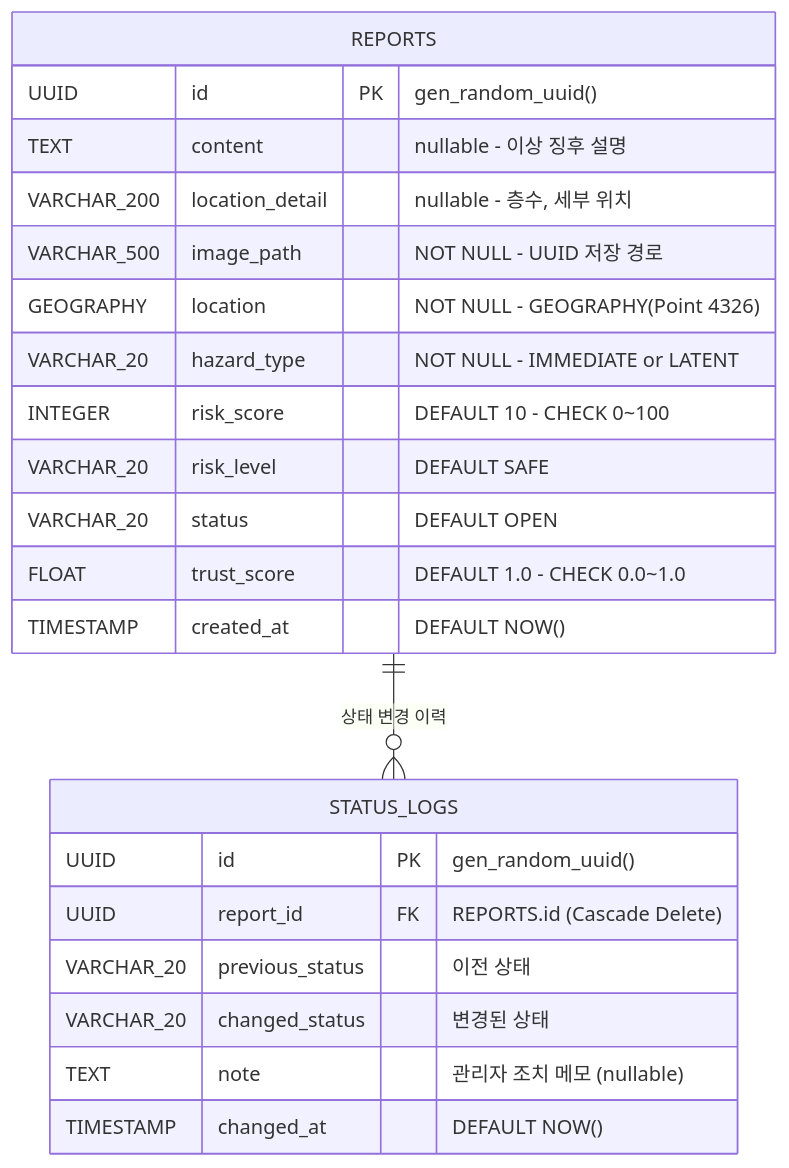
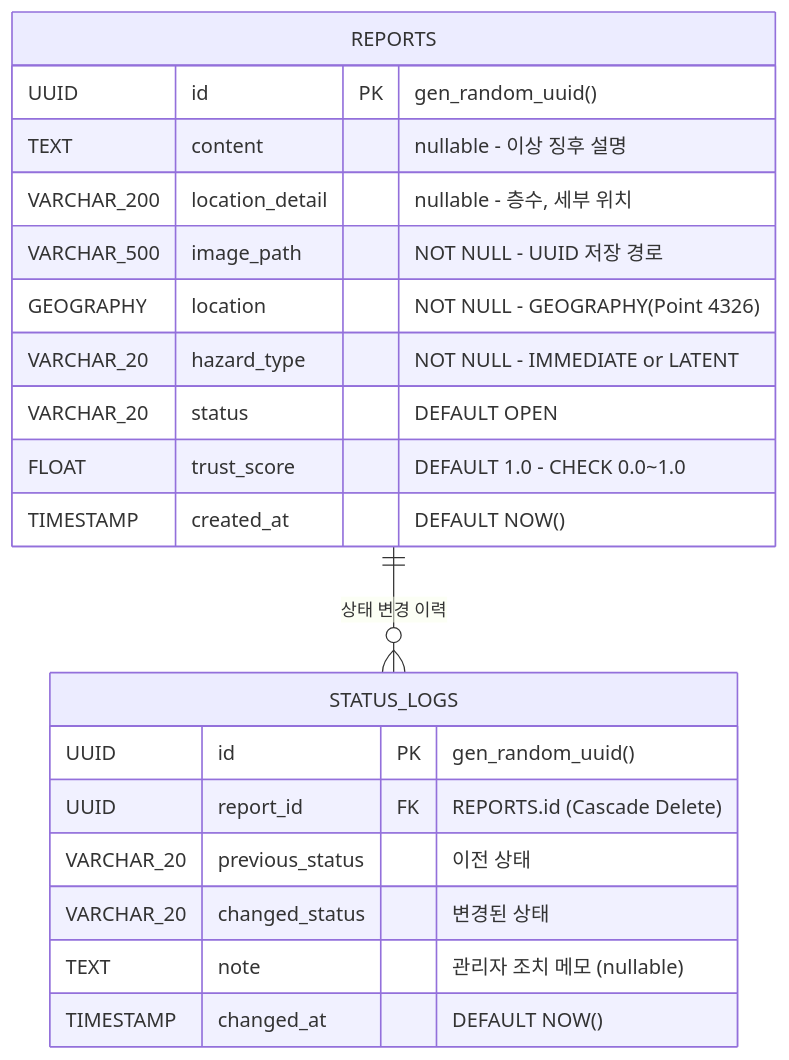
One commit to Heinrich-Safety-Platform/heinrich-backend changed the diagram in docs/ERD.md. Above: the diagram before and after it, drawn with Mermaid. The commit also changed other lines of this file and 4 other files, not shown here.

````diff
--- a/docs/ERD.md
+++ b/docs/ERD.md
@@ -5,27 +5,25 @@
 ```mermaid
 erDiagram
     REPORTS ||--o{ STATUS_LOGS : "상태 변경 이력"
 
     REPORTS {
         UUID id PK "gen_random_uuid()"
         TEXT content "nullable - 이상 징후 설명"
         VARCHAR_200 location_detail "nullable - 층수, 세부 위치"
         VARCHAR_500 image_path "NOT NULL - UUID 저장 경로"
         GEOGRAPHY location "NOT NULL - GEOGRAPHY(Point 4326)"
         VARCHAR_20 hazard_type "NOT NULL - IMMEDIATE or LATENT"
-        INTEGER risk_score "DEFAULT 10 - CHECK 0~100"
-        VARCHAR_20 risk_level "DEFAULT SAFE"
         VARCHAR_20 status "DEFAULT OPEN"
         FLOAT trust_score "DEFAULT 1.0 - CHECK 0.0~1.0"
         TIMESTAMP created_at "DEFAULT NOW()"
     }
 
     STATUS_LOGS {
         UUID id PK "gen_random_uuid()"
         UUID report_id FK "REPORTS.id (Cascade Delete)"
         VARCHAR_20 previous_status "이전 상태"
         VARCHAR_20 changed_status "변경된 상태"
         TEXT note "관리자 조치 메모 (nullable)"
         TIMESTAMP changed_at "DEFAULT NOW()"
     }
 ```
````
